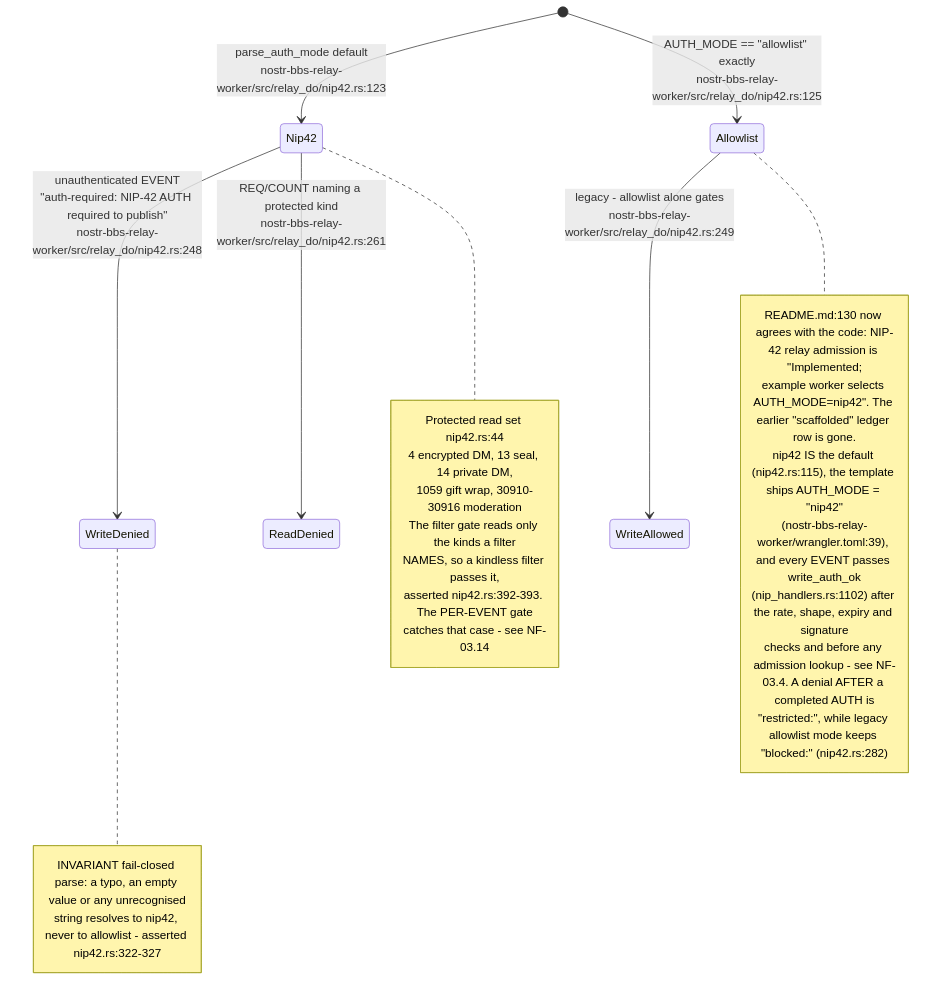
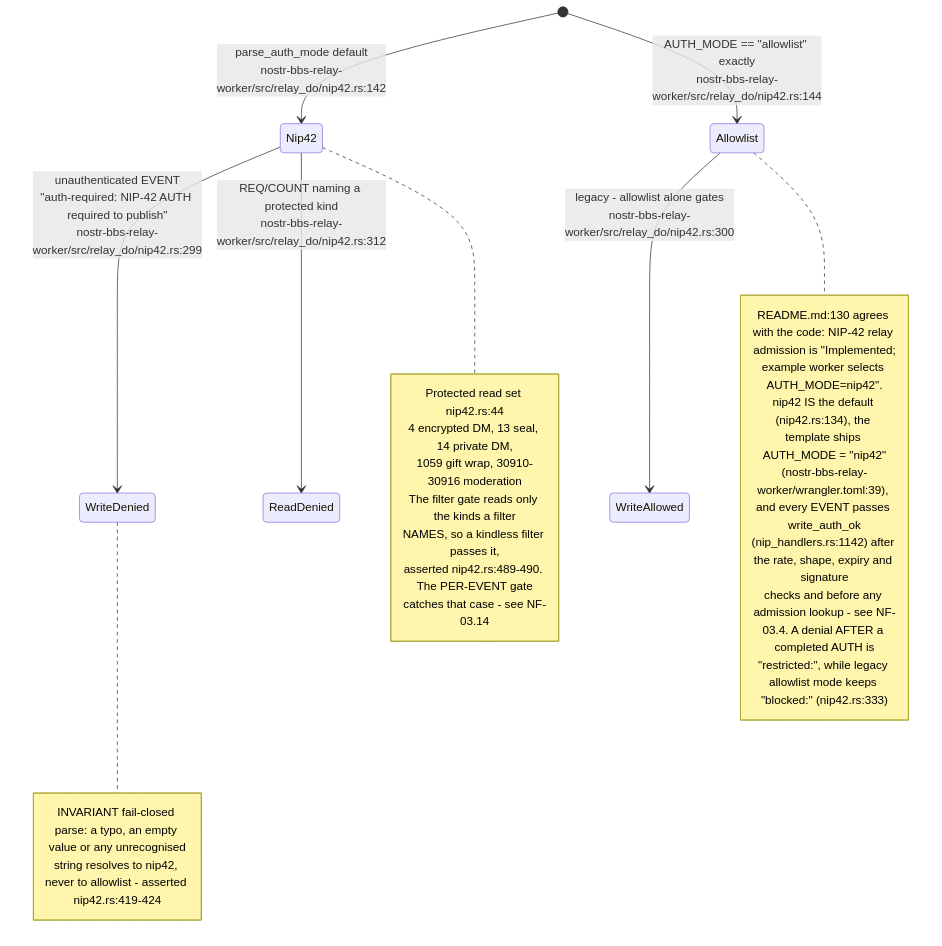
One commit to DreamLab-AI/VisionFlow changed the third of 16 diagrams in docs/diagrams/nostr-rust-forum/03-relay-worker-admission-auth-and-trust.md. Above: the diagram before and after it, drawn with Mermaid. The commit also changed other lines of this file, not shown here.

First line of the commit message:
docs(diagrams): re-verify NF-03 against nostr-rust-forum af4f0d5

````diff
--- a/docs/diagrams/nostr-rust-forum/03-relay-worker-admission-auth-and-trust.md
+++ b/docs/diagrams/nostr-rust-forum/03-relay-worker-admission-auth-and-trust.md
@@ -77,31 +83,31 @@
 ```mermaid
 stateDiagram-v2
-    [*] --> Nip42: parse_auth_mode default<br/>nostr-bbs-relay-worker/src/relay_do/nip42.rs:123
-    [*] --> Allowlist: AUTH_MODE == "allowlist" exactly<br/>nostr-bbs-relay-worker/src/relay_do/nip42.rs:125
-    Nip42 --> WriteDenied: unauthenticated EVENT<br/>"auth-required: NIP-42 AUTH required to publish"<br/>nostr-bbs-relay-worker/src/relay_do/nip42.rs:248
-    Nip42 --> ReadDenied: REQ/COUNT naming a protected kind<br/>nostr-bbs-relay-worker/src/relay_do/nip42.rs:261
-    Allowlist --> WriteAllowed: legacy - allowlist alone gates<br/>nostr-bbs-relay-worker/src/relay_do/nip42.rs:249
+    [*] --> Nip42: parse_auth_mode default<br/>nostr-bbs-relay-worker/src/relay_do/nip42.rs:142
+    [*] --> Allowlist: AUTH_MODE == "allowlist" exactly<br/>nostr-bbs-relay-worker/src/relay_do/nip42.rs:144
+    Nip42 --> WriteDenied: unauthenticated EVENT<br/>"auth-required: NIP-42 AUTH required to publish"<br/>nostr-bbs-relay-worker/src/relay_do/nip42.rs:299
+    Nip42 --> ReadDenied: REQ/COUNT naming a protected kind<br/>nostr-bbs-relay-worker/src/relay_do/nip42.rs:312
+    Allowlist --> WriteAllowed: legacy - allowlist alone gates<br/>nostr-bbs-relay-worker/src/relay_do/nip42.rs:300
 
     note right of Nip42
         Protected read set nip42.rs:44
         4 encrypted DM, 13 seal, 14 private DM,
         1059 gift wrap, 30910-30916 moderation
         The filter gate reads only the kinds a filter
         NAMES, so a kindless filter passes it,
-        asserted nip42.rs:392-393. The PER-EVENT gate
+        asserted nip42.rs:489-490. The PER-EVENT gate
         catches that case - see NF-03.14
     end note
     note right of Allowlist
-        README.md:130 now agrees with the code: NIP-42 relay admission is "Implemented;
-        example worker selects AUTH_MODE=nip42". The earlier "scaffolded" ledger row is gone.
-        nip42 IS the default (nip42.rs:115), the template ships AUTH_MODE = "nip42"
+        README.md:130 agrees with the code: NIP-42 relay admission is "Implemented;
+        example worker selects AUTH_MODE=nip42".
+        nip42 IS the default (nip42.rs:134), the template ships AUTH_MODE = "nip42"
         (nostr-bbs-relay-worker/wrangler.toml:39), and every EVENT passes write_auth_ok
-        (nip_handlers.rs:1102) after the rate, shape, expiry and signature
+        (nip_handlers.rs:1142) after the rate, shape, expiry and signature
         checks and before any admission lookup - see NF-03.4. A denial AFTER a completed AUTH is
-        "restricted:", while legacy allowlist mode keeps "blocked:" (nip42.rs:282)
+        "restricted:", while legacy allowlist mode keeps "blocked:" (nip42.rs:333)
     end note
     note right of WriteDenied
         INVARIANT fail-closed parse: a typo, an empty value or any unrecognised
-        string resolves to nip42, never to allowlist - asserted nip42.rs:322-327
+        string resolves to nip42, never to allowlist - asserted nip42.rs:419-424
     end note
 ```
````
